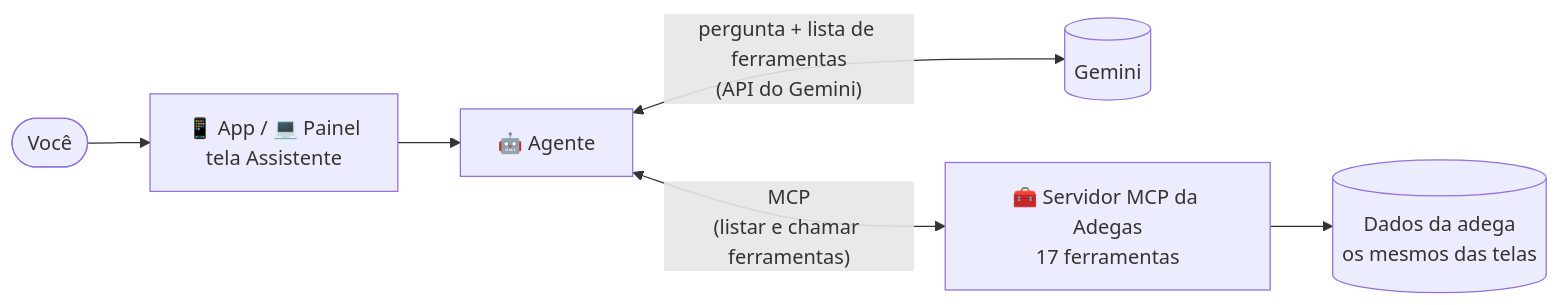
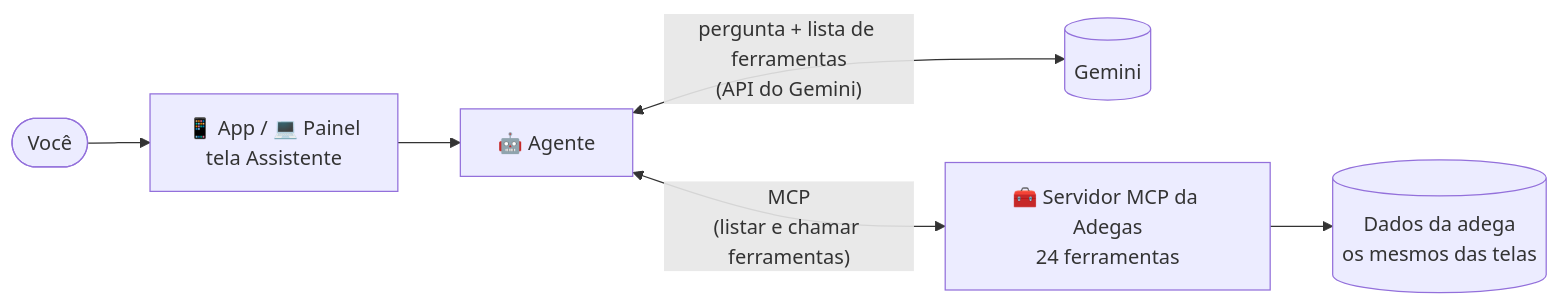
Before and after one commit to Diogo632/Adegas: the diagram in docs/ASSISTENTE.md, drawn with Mermaid. The commit also changed other lines of this file and 36 other files, not shown here.

````diff
--- a/docs/ASSISTENTE.md
+++ b/docs/ASSISTENTE.md
@@ -36,8 +41,8 @@
 ```mermaid
 flowchart LR
     Pessoa(["Você"]) --> Tela["📱 App / 💻 Painel<br/>tela Assistente"]
     Tela --> Agente["🤖 Agente"]
     Agente <-->|"pergunta + lista de ferramentas<br/>(API do Gemini)"| Gemini[("Gemini")]
-    Agente <-->|"MCP<br/>(listar e chamar ferramentas)"| Servidor["🧰 Servidor MCP da Adegas<br/>17 ferramentas"]
+    Agente <-->|"MCP<br/>(listar e chamar ferramentas)"| Servidor["🧰 Servidor MCP da Adegas<br/>24 ferramentas"]
     Servidor --> Dados[("Dados da adega<br/>os mesmos das telas")]
 ```
````
